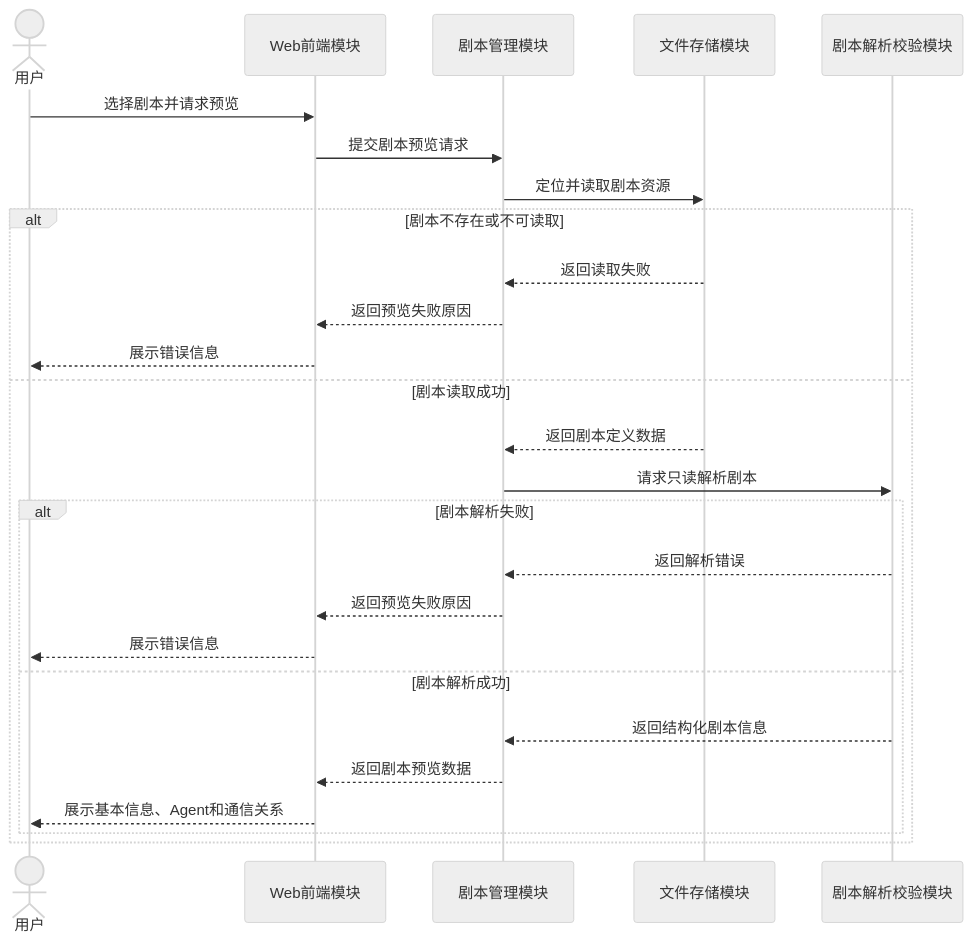
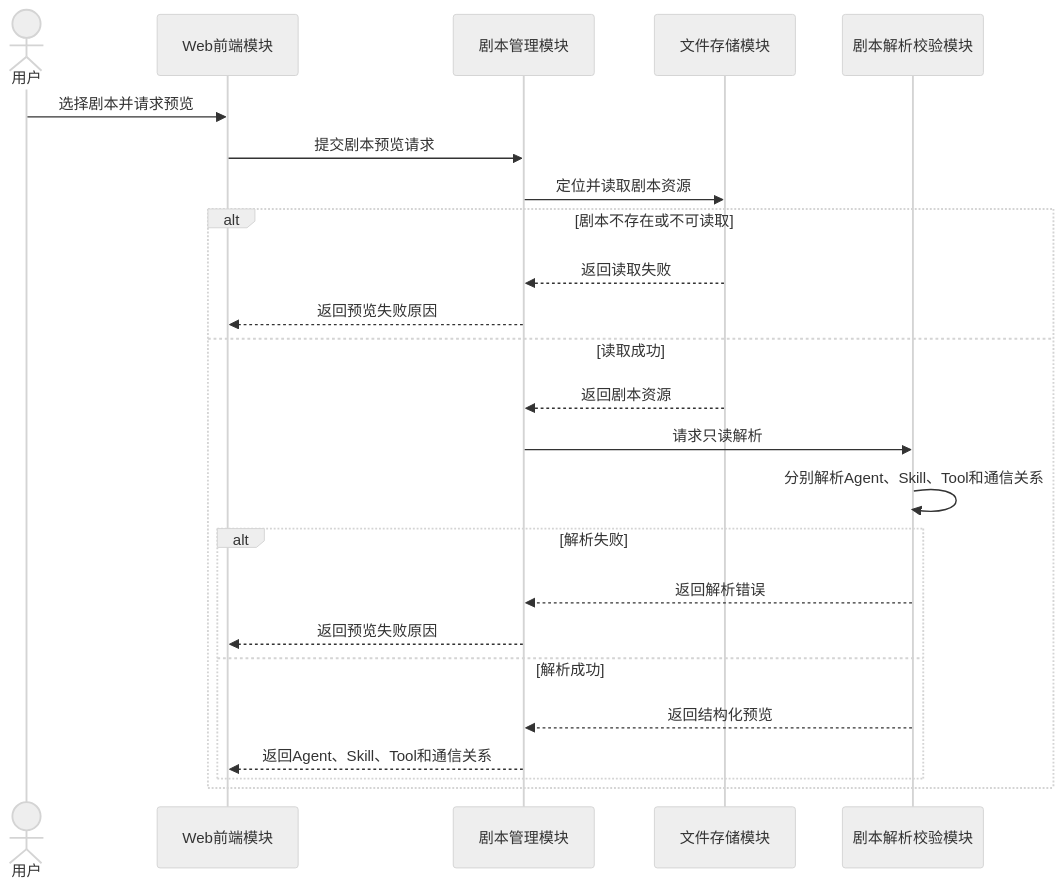
One commit to RIVERS0FT/AgentNetwork changed the fifth of 6 diagrams in docs/剧本管理设计.md. Above: the diagram before and after it, drawn with Mermaid (neutral theme). The commit also changed other lines of this file, not shown here.

Commit message:
docs: separate scene skill and tool definitions

````diff
--- a/docs/剧本管理设计.md
+++ b/docs/剧本管理设计.md
@@ -291,30 +317,28 @@
 ```mermaid
 sequenceDiagram
     actor User as 用户
     participant Web as Web前端模块
     participant SceneMgr as 剧本管理模块
     participant Store as 文件存储模块
     participant Parser as 剧本解析校验模块
 
     User->>Web: 选择剧本并请求预览
     Web->>SceneMgr: 提交剧本预览请求
     SceneMgr->>Store: 定位并读取剧本资源
 
     alt 剧本不存在或不可读取
         Store-->>SceneMgr: 返回读取失败
         SceneMgr-->>Web: 返回预览失败原因
-        Web-->>User: 展示错误信息
-    else 剧本读取成功
-        Store-->>SceneMgr: 返回剧本定义数据
-        SceneMgr->>Parser: 请求只读解析剧本
-        alt 剧本解析失败
+    else 读取成功
+        Store-->>SceneMgr: 返回剧本资源
+        SceneMgr->>Parser: 请求只读解析
+        Parser->>Parser: 分别解析Agent、Skill、Tool和通信关系
+        alt 解析失败
             Parser-->>SceneMgr: 返回解析错误
             SceneMgr-->>Web: 返回预览失败原因
-            Web-->>User: 展示错误信息
-        else 剧本解析成功
-            Parser-->>SceneMgr: 返回结构化剧本信息
-            SceneMgr-->>Web: 返回剧本预览数据
-            Web-->>User: 展示基本信息、Agent和通信关系
+        else 解析成功
+            Parser-->>SceneMgr: 返回结构化预览
+            SceneMgr-->>Web: 返回Agent、Skill、Tool和通信关系
         end
     end
 ```
````
